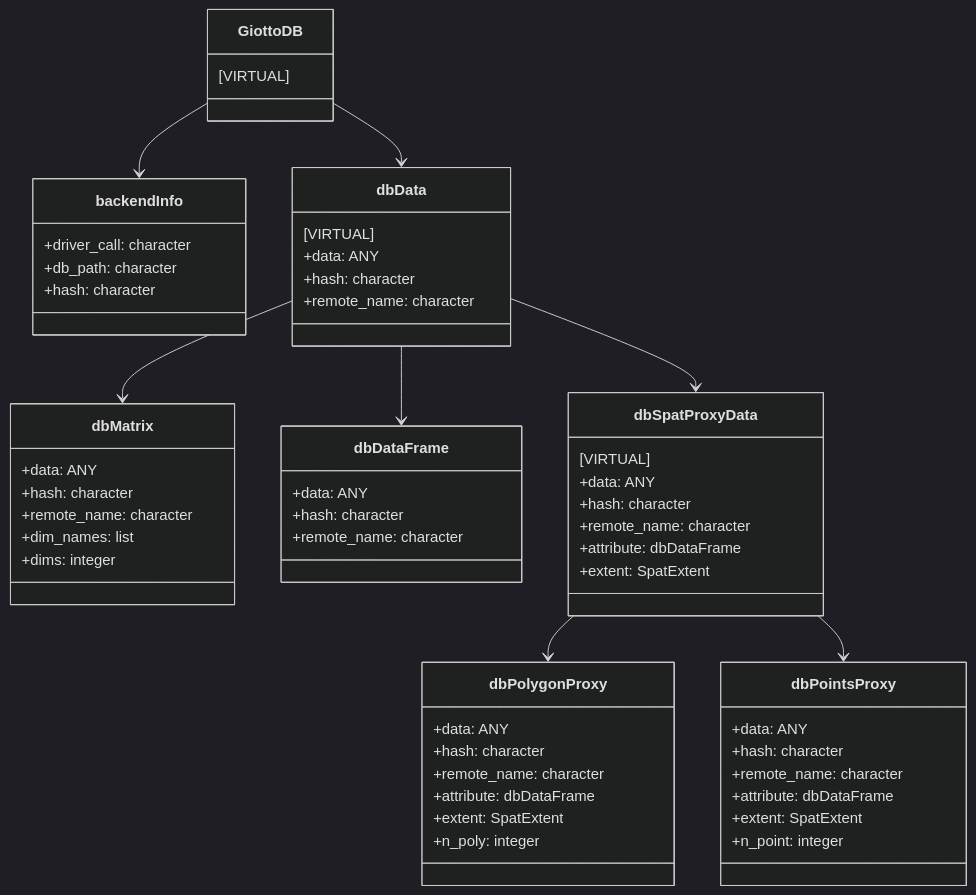
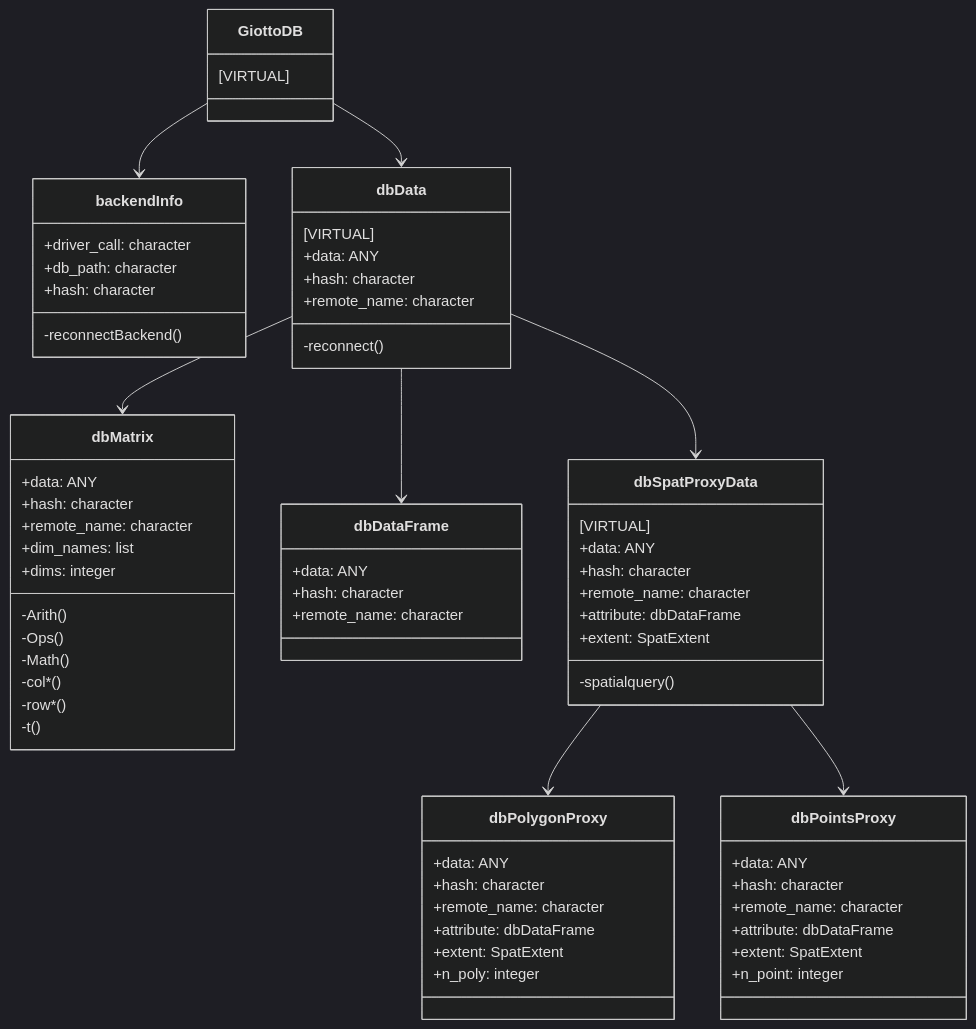
The diagram in doc/class_diagram.md (dbverse-org/dbmatrix-r), drawn with Mermaid (dark theme) before and after one commit.

````diff
--- a/doc/class_diagram.md
+++ b/doc/class_diagram.md
@@ -6,61 +6,68 @@
 ``` mermaid
 classDiagram
 class GiottoDB {[VIRTUAL]}
 class backendInfo {
   +driver_call: character
   +db_path: character
   +hash: character
+  -reconnectBackend()
 }
 class dbData {
   [VIRTUAL]
-  
   +data: ANY
   +hash: character
   +remote_name: character
+  -reconnect()
 }
 class dbMatrix {
   +data: ANY
   +hash: character
   +remote_name: character
   +dim_names: list
   +dims: integer
+  -Arith()
+  -Ops()
+  -Math()
+  -col*()
+  -row*()
+  -t()
 }
 class dbDataFrame {
   +data: ANY
   +hash: character
   +remote_name: character
 }
 class dbSpatProxyData {
   [VIRTUAL]
-  
   +data: ANY
   +hash: character
   +remote_name: character
   +attribute: dbDataFrame
   +extent: SpatExtent
+  -spatialquery()
 }
 class dbPolygonProxy {
   +data: ANY
   +hash: character
   +remote_name: character
   +attribute: dbDataFrame
   +extent: SpatExtent
   +n_poly: integer
 }
 class dbPointsProxy {
   +data: ANY
   +hash: character
   +remote_name: character
   +attribute: dbDataFrame
   +extent: SpatExtent
   +n_point: integer
 }
 
 GiottoDB --> dbData
 GiottoDB --> backendInfo
 dbData --> dbDataFrame
 dbData --> dbMatrix
 dbData --> dbSpatProxyData
 dbSpatProxyData --> dbPolygonProxy
 dbSpatProxyData --> dbPointsProxy
 ```
````
